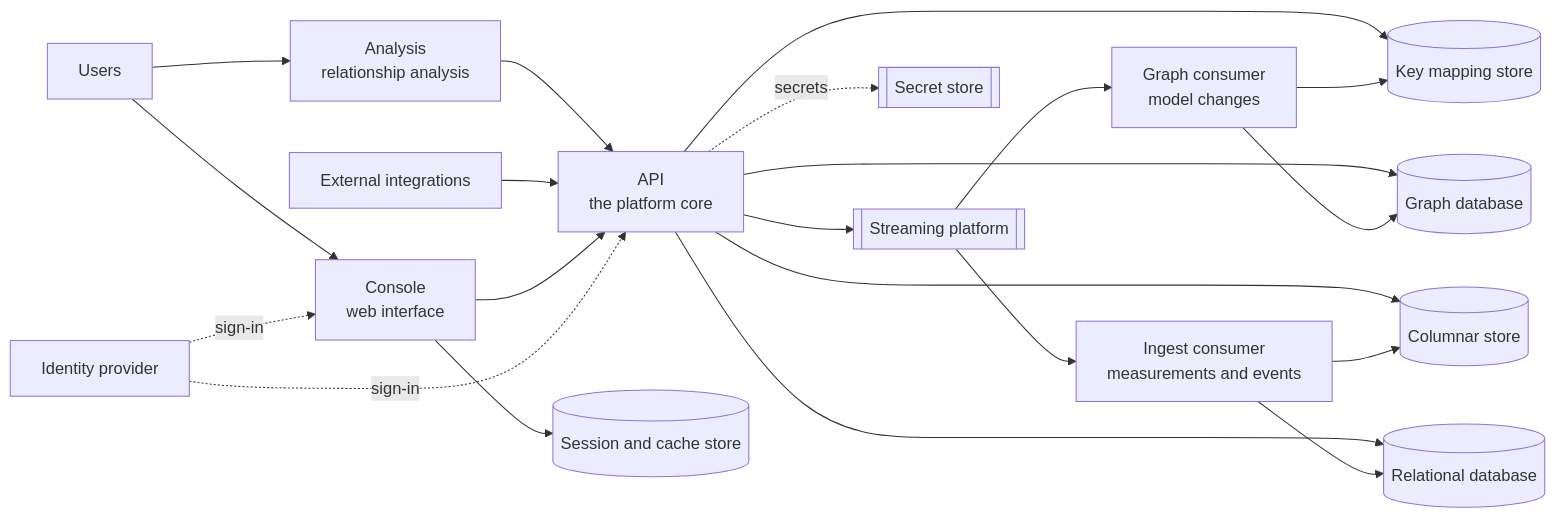
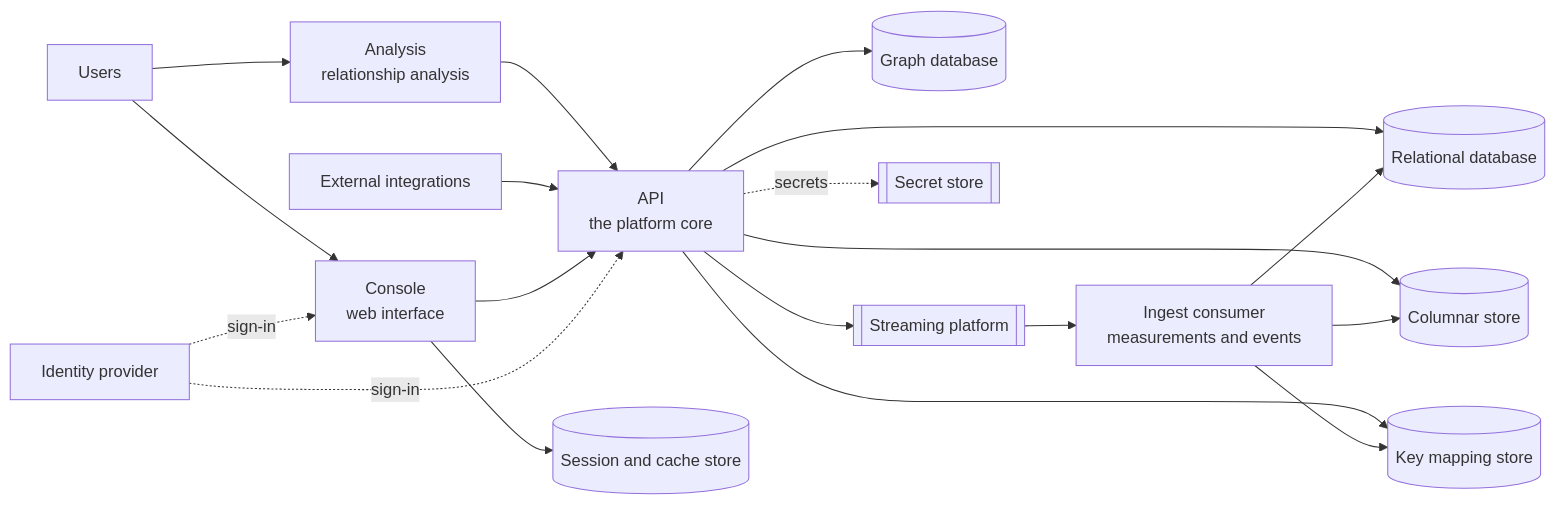
One commit to IntelliStream-DataHub/datahub-docs changed the diagram in docs/administration/architecture.mdx. Above: the diagram before and after it, drawn with Mermaid. The commit also changed other lines of this file and 4 other files, not shown here.

First line of the commit message:
docs: the graph consumer is gone, the API mirrors the graph itself

````diff
--- a/docs/administration/architecture.mdx
+++ b/docs/administration/architecture.mdx
@@ -26,42 +26,39 @@
 ```mermaid
 graph LR
     User["Users"]
     Ext["External integrations"]
     IdP["Identity provider"]
 
     Console["Console<br/>web interface"]
     API["API<br/>the platform core"]
     ConsumerSL["Ingest consumer<br/>measurements and events"]
-    ConsumerSF["Graph consumer<br/>model changes"]
 
     Cache[("Session and cache store")]
     PG[("Relational database")]
     Neo[("Graph database")]
     CH[("Columnar store")]
     KV[("Key mapping store")]
     Stream[["Streaming platform"]]
     Vault[["Secret store"]]
 
     Analysis["Analysis<br/>relationship analysis"]
 
     User --> Console
     User --> Analysis
     Analysis --> API
     Ext --> API
     Console --> API
     Console --> Cache
     API --> PG
     API --> Neo
     API --> CH
     API --> KV
     API --> Stream
     API -. secrets .-> Vault
     Stream --> ConsumerSL
-    Stream --> ConsumerSF
     ConsumerSL --> CH
     ConsumerSL --> PG
-    ConsumerSF --> Neo
-    ConsumerSF --> KV
+    ConsumerSL --> KV
     IdP -. sign-in .-> Console
     IdP -. sign-in .-> API
 ```
````
